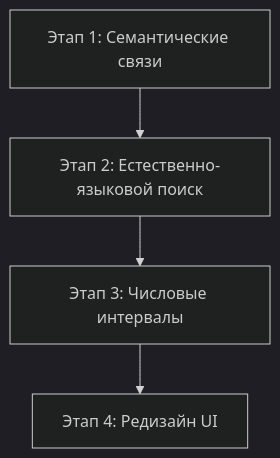
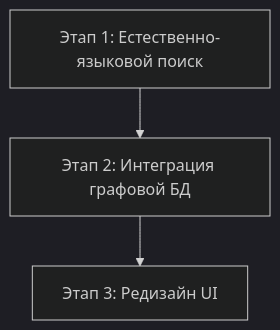
The diagram in TECH_SPEC.md (0himera/HSME), drawn with Mermaid (dark theme) before and after one commit. The commit also changed other lines of this file, not shown here.

````diff
--- a/TECH_SPEC.md
+++ b/TECH_SPEC.md
@@ -101,6 +101,5 @@
 ```mermaid
 graph TD
-    Phase1[Этап 1: Семантические связи] --> Phase2[Этап 2: Естественно-языковой поиск]
-    Phase2 --> Phase3[Этап 3: Числовые интервалы]
-    Phase3 --> Phase4[Этап 4: Редизайн UI]
+    Phase1[Этап 1: Естественно-языковой поиск] --> Phase2[Этап 2: Интеграция графовой БД]
+    Phase2 --> Phase3[Этап 3: Редизайн UI]
 ```
````
